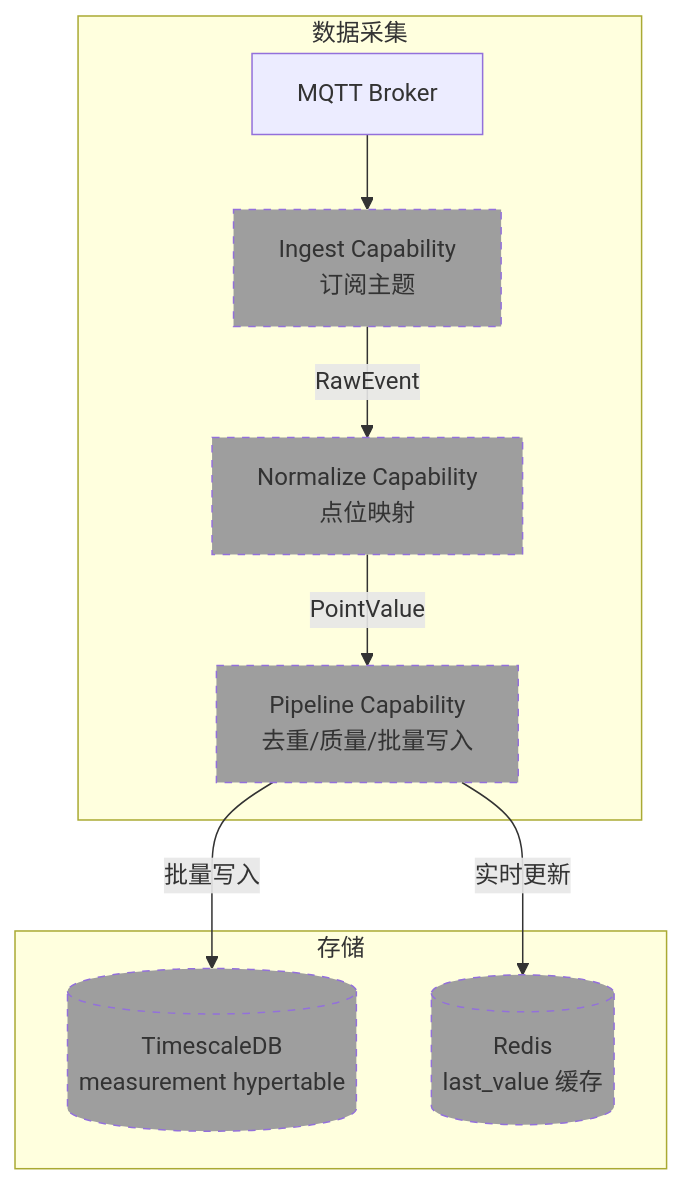
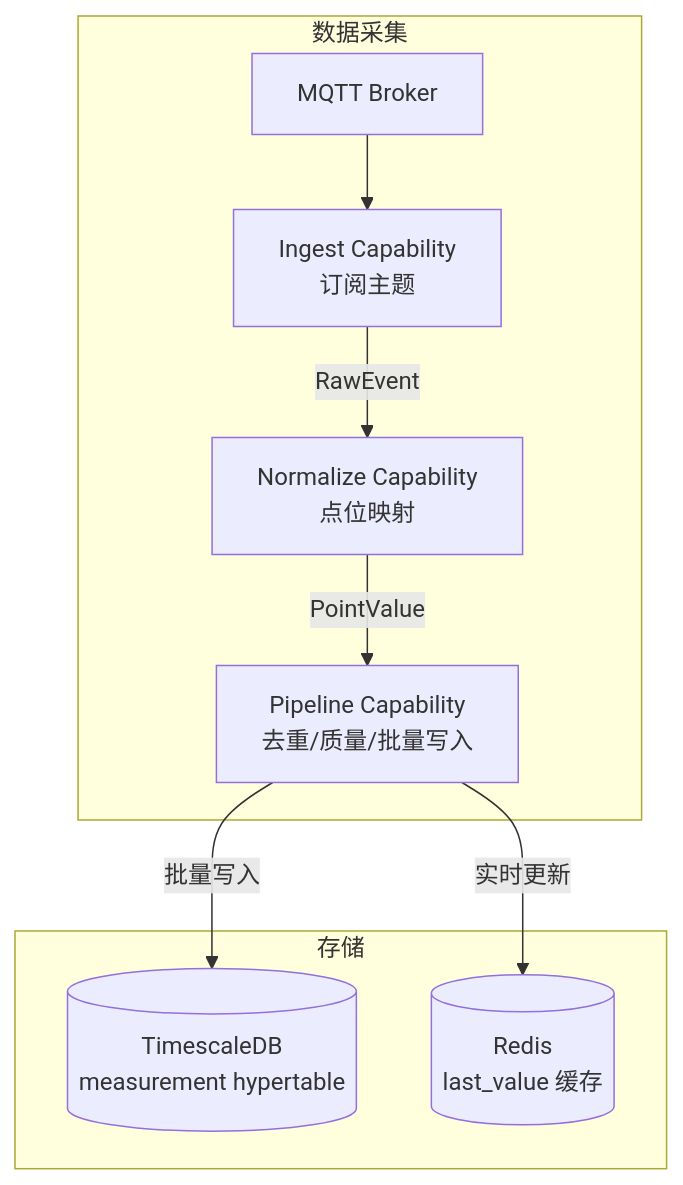
One commit to zw834675966/ems changed diagram 13 of 15 in PROJECT_FLOW_DIAGRAMS.md. Above: the diagram before and after it, drawn with Mermaid. The commit also changed other lines of this file and 129 other files, not shown here.

````diff
--- a/PROJECT_FLOW_DIAGRAMS.md
+++ b/PROJECT_FLOW_DIAGRAMS.md
@@ -550,26 +562,20 @@
 ```mermaid
 graph TB
     subgraph "数据采集"
         MQTT[MQTT Broker]
         INGEST[Ingest Capability<br/>订阅主题]
         NORM[Normalize Capability<br/>点位映射]
         PIPE[Pipeline Capability<br/>去重/质量/批量写入]
     end
 
     subgraph "存储"
         TSDB[(TimescaleDB<br/>measurement hypertable)]
         REDIS[(Redis<br/>last_value 缓存)]
     end
 
     MQTT --> INGEST
     INGEST -->|RawEvent| NORM
     NORM -->|PointValue| PIPE
     PIPE -->|批量写入| TSDB
     PIPE -->|实时更新| REDIS
-
-    style INGEST fill:#9e9e9e,stroke-dasharray: 5 5
-    style NORM fill:#9e9e9e,stroke-dasharray: 5 5
-    style PIPE fill:#9e9e9e,stroke-dasharray: 5 5
-    style TSDB fill:#9e9e9e,stroke-dasharray: 5 5
-    style REDIS fill:#9e9e9e,stroke-dasharray: 5 5
 ```
````
